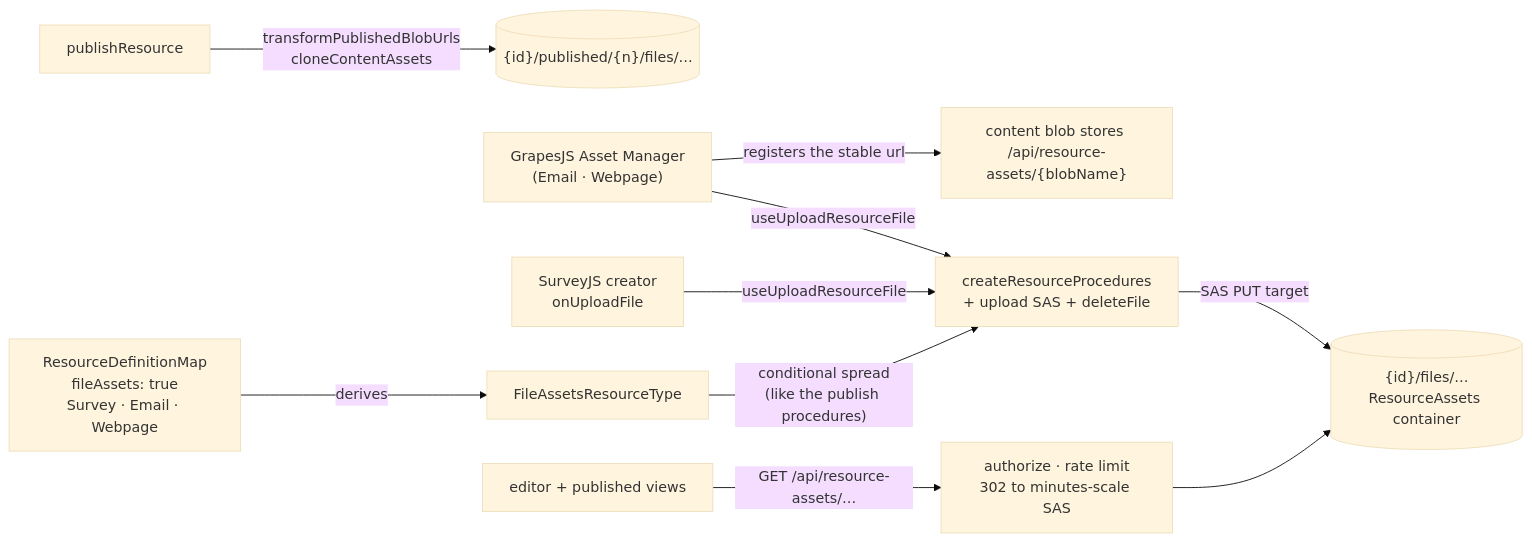
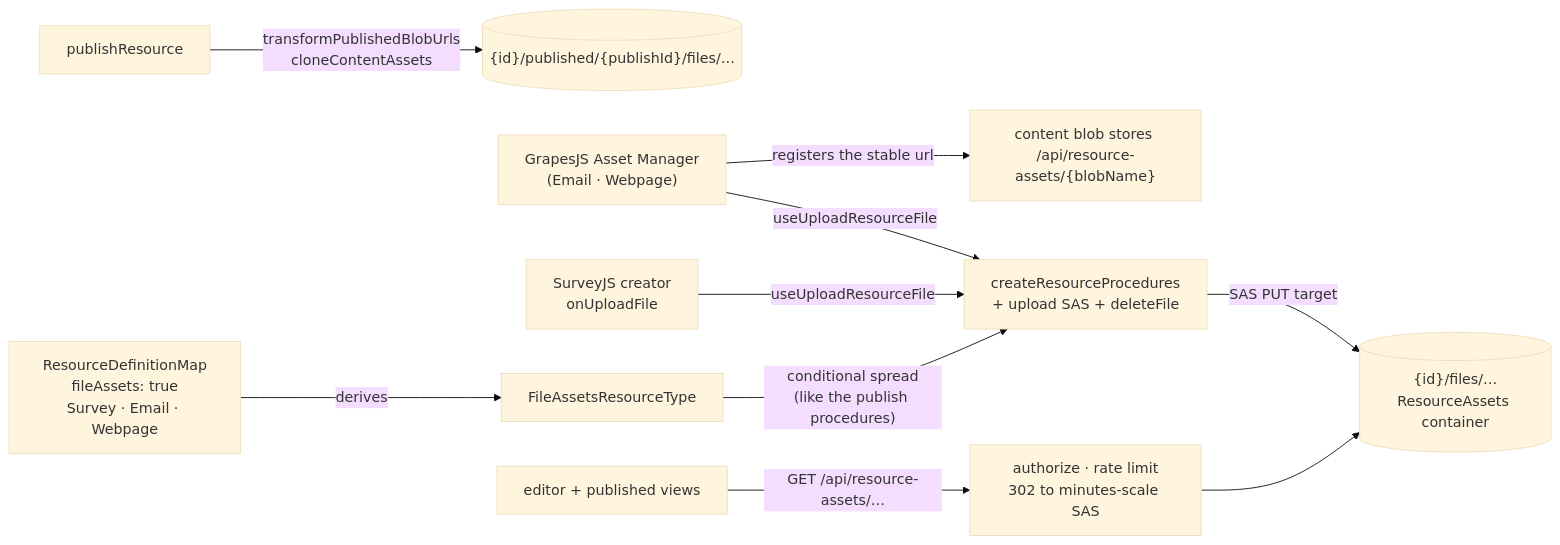
The diagram in packages/app/content/docs/platform/resource-file-assets.md (Esposter/Esposter), drawn with Mermaid (base theme) before and after one commit. The commit also changed other lines of this file and 2 other files, not shown here.

First line of the commit message:
docs: correct the publish asset directory across the resource pages

````diff
--- a/packages/app/content/docs/platform/resource-file-assets.md
+++ b/packages/app/content/docs/platform/resource-file-assets.md
@@ -16,12 +16,12 @@
 ```mermaid
 flowchart LR
   DEF["ResourceDefinitionMap<br/>fileAssets: true<br/>Survey · Email · Webpage"] -->|derives| UNION["FileAssetsResourceType"]
   UNION -->|"conditional spread<br/>(like the publish procedures)"| FACTORY["createResourceProcedures<br/>+ upload SAS + deleteFile"]
   AM["GrapesJS Asset Manager<br/>(Email · Webpage)"] -->|"useUploadResourceFile"| FACTORY
   CREATOR["SurveyJS creator<br/>onUploadFile"] -->|useUploadResourceFile| FACTORY
   FACTORY -->|SAS PUT target| BLOB[("{id}/files/…<br/>ResourceAssets container")]
   AM -->|"registers the stable url"| CANVAS["content blob stores /api/resource-assets/{blobName}"]
-  PUB["publishResource"] -->|"transformPublishedBlobUrls<br/>cloneContentAssets"| SNAP[("{id}/published/{n}/files/…")]
+  PUB["publishResource"] -->|"transformPublishedBlobUrls<br/>cloneContentAssets"| SNAP[("{id}/published/{publishId}/files/…")]
   VIEW["editor + published views"] -->|"GET /api/resource-assets/…"| EP["authorize · rate limit<br/>302 to minutes-scale SAS"]
   EP --> BLOB
 ```
````
